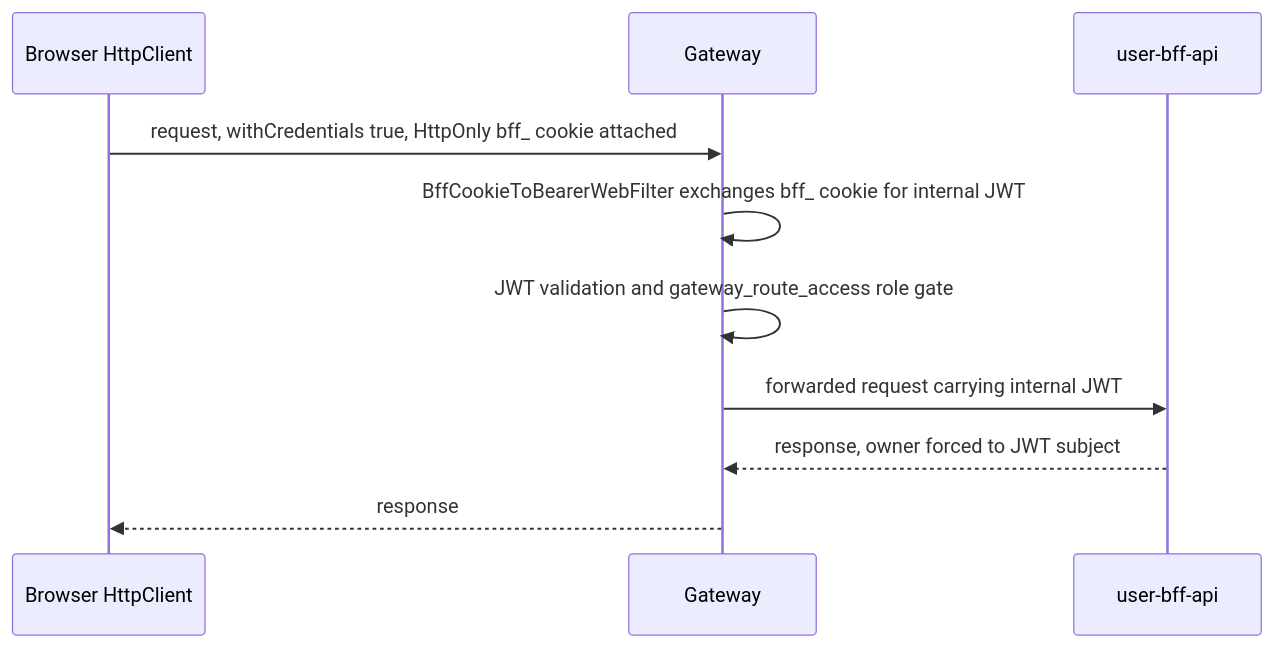
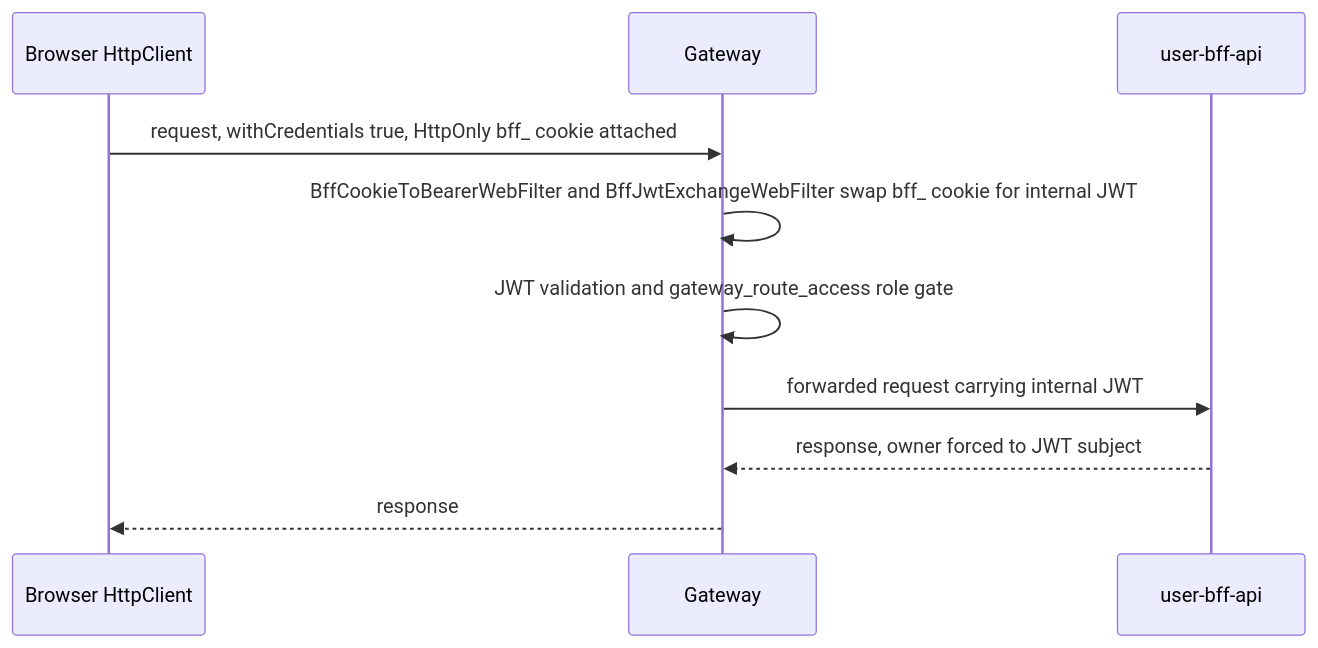
One commit to hugmesh/hugmesh.github.io changed the diagram in content/reference/user-ui.md. Above: the diagram before and after it, drawn with Mermaid. The commit also changed other lines of this file and 93 other files, not shown here.

````diff
--- a/content/reference/user-ui.md
+++ b/content/reference/user-ui.md
@@ -119,12 +128,12 @@
 ```mermaid
 sequenceDiagram
     participant Browser as Browser HttpClient
     participant Gateway as Gateway
     participant BFF as user-bff-api
     Browser->>Gateway: request, withCredentials true, HttpOnly bff_ cookie attached
-    Gateway->>Gateway: BffCookieToBearerWebFilter exchanges bff_ cookie for internal JWT
+    Gateway->>Gateway: BffCookieToBearerWebFilter and BffJwtExchangeWebFilter swap bff_ cookie for internal JWT
     Gateway->>Gateway: JWT validation and gateway_route_access role gate
     Gateway->>BFF: forwarded request carrying internal JWT
     BFF-->>Gateway: response, owner forced to JWT subject
     Gateway-->>Browser: response
 ```
````
